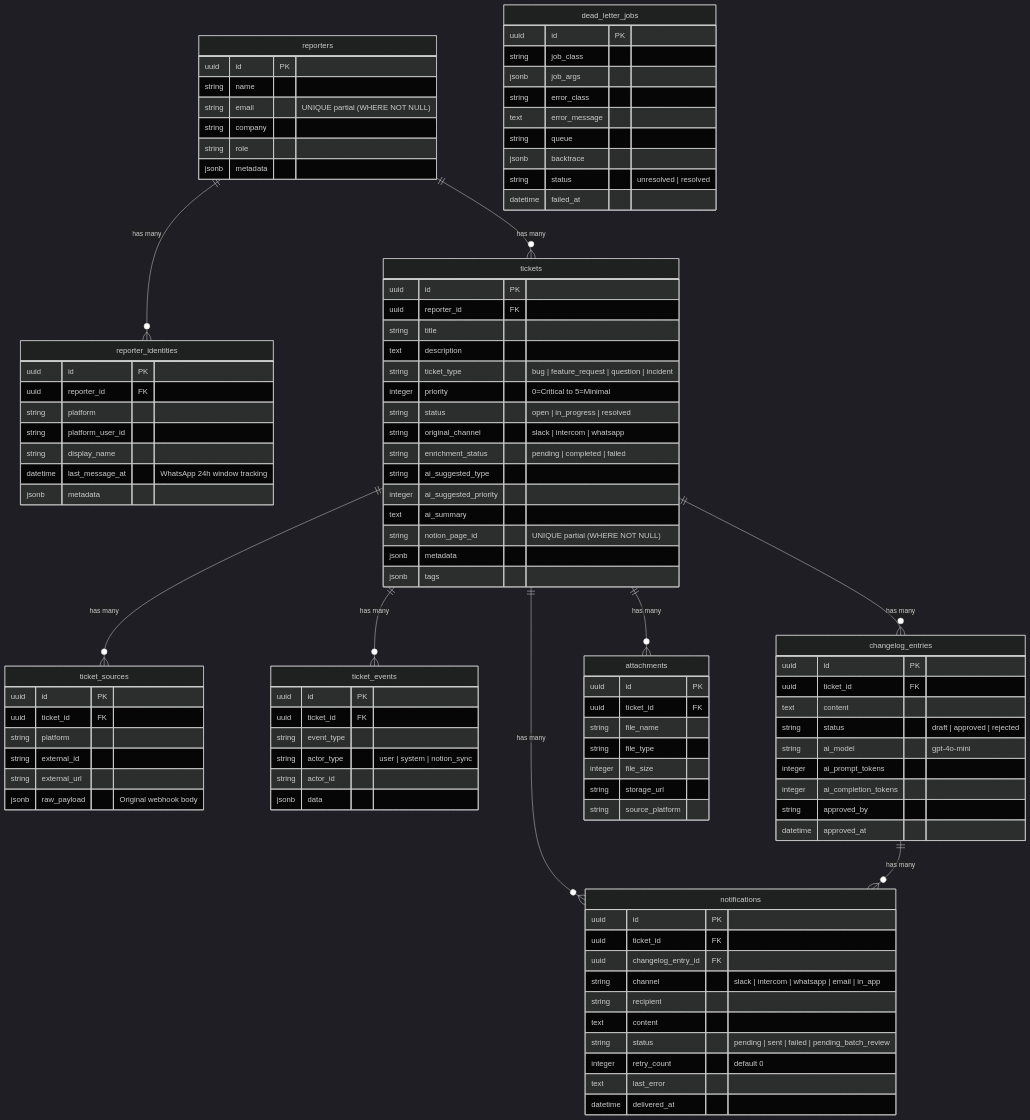
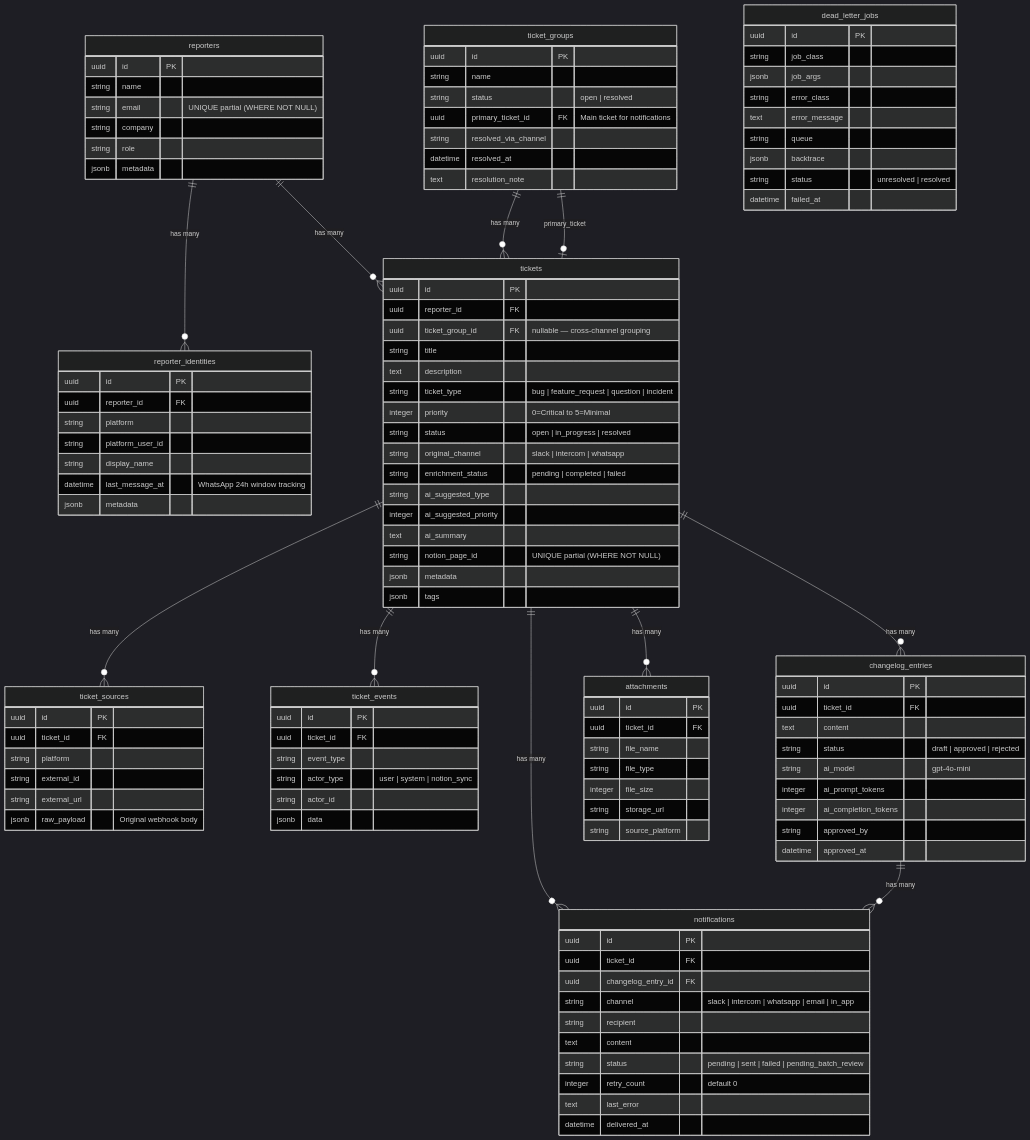
Before and after one commit to abouhid2/feedback-hub: the second of 4 diagrams in README.md, drawn with Mermaid (dark theme). The commit also changed other lines of this file and 11 other files, not shown here.

```diff
--- a/README.md
+++ b/README.md
@@ -187,6 +189,7 @@
     tickets {
         uuid id PK
         uuid reporter_id FK
+        uuid ticket_group_id FK "nullable — cross-channel grouping"
         string title
         text description
         string ticket_type "bug | feature_request | question | incident"
@@ -255,6 +258,16 @@
         string source_platform
     }
 
+    ticket_groups {
+        uuid id PK
+        string name
+        string status "open | resolved"
+        uuid primary_ticket_id FK "Main ticket for notifications"
+        string resolved_via_channel
+        datetime resolved_at
+        text resolution_note
+    }
+
     dead_letter_jobs {
         uuid id PK
         string job_class
@@ -269,6 +282,8 @@
 
     reporters ||--o{ reporter_identities : "has many"
     reporters ||--o{ tickets : "has many"
+    ticket_groups ||--o{ tickets : "has many"
+    ticket_groups ||--o| tickets : "primary_ticket"
     tickets ||--o{ ticket_sources : "has many"
     tickets ||--o{ ticket_events : "has many"
     tickets ||--o{ changelog_entries : "has many"
```
